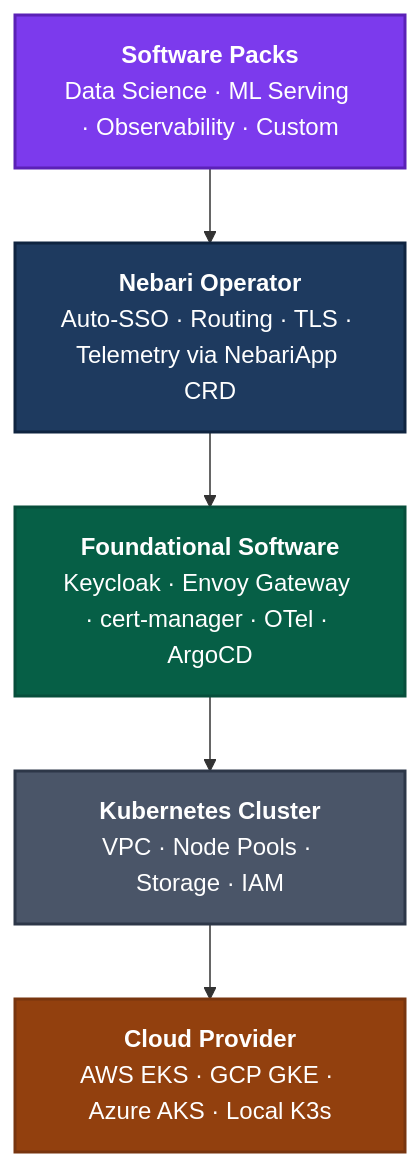
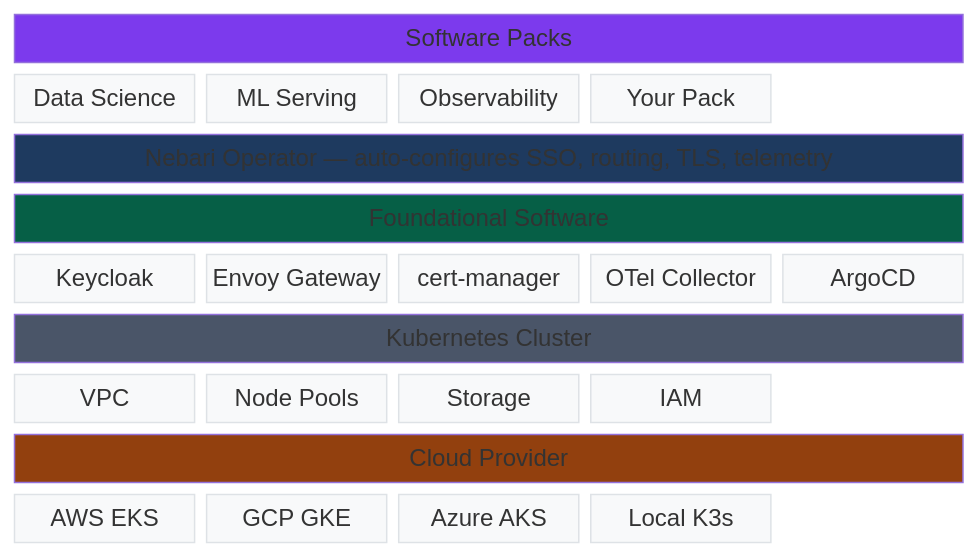
One commit to nebari-dev/nebari-infrastructure-core changed the diagram in README.md. Above: the diagram before and after it, drawn with Mermaid.

Commit message:
Switch architecture diagram to block-beta grid layout

````diff
--- a/README.md
+++ b/README.md
@@ -55,16 +55,32 @@
 ```mermaid
-graph TD
-    SP["<b>Software Packs</b><br/>Data Science · ML Serving · Observability · Custom"]
-    NO["<b>Nebari Operator</b><br/>Auto-SSO · Routing · TLS · Telemetry via NebariApp CRD"]
-    FS["<b>Foundational Software</b><br/>Keycloak · Envoy Gateway · cert-manager · OTel · ArgoCD"]
-    K8["<b>Kubernetes Cluster</b><br/>VPC · Node Pools · Storage · IAM"]
-    CP["<b>Cloud Provider</b><br/>AWS EKS · GCP GKE · Azure AKS · Local K3s"]
+block-beta
+  columns 5
 
-    SP --> NO --> FS --> K8 --> CP
+  sp["Software Packs"]:5
+  ds["Data Science"] ml["ML Serving"] obs["Observability"] custom["Your Pack"] space
 
-    style SP fill:#7c3aed,color:#fff,stroke:#5b21b6,stroke-width:2px
-    style NO fill:#1e3a5f,color:#fff,stroke:#0f2440,stroke-width:2px
-    style FS fill:#065f46,color:#fff,stroke:#064e3b,stroke-width:2px
-    style K8 fill:#4a5568,color:#fff,stroke:#2d3748,stroke-width:2px
-    style CP fill:#92400e,color:#fff,stroke:#78350f,stroke-width:2px
+  no["Nebari Operator — auto-configures SSO, routing, TLS, telemetry"]:5
+
+  fs["Foundational Software"]:5
+  kc["Keycloak"] eg["Envoy Gateway"] cm["cert-manager"] ot["OTel Collector"] ac["ArgoCD"]
+
+  k8["Kubernetes Cluster"]:5
+  vpc["VPC"] np["Node Pools"] st["Storage"] iam["IAM"] space
+
+  cp["Cloud Provider"]:5
+  aws["AWS EKS"] gcp["GCP GKE"] az["Azure AKS"] k3s["Local K3s"] space
+
+  classDef purple fill:#7c3aed,color:#fff
+  classDef navy fill:#1e3a5f,color:#fff
+  classDef green fill:#065f46,color:#fff
+  classDef gray fill:#4a5568,color:#fff
+  classDef brown fill:#92400e,color:#fff
+  classDef light fill:#f8f9fa,stroke:#dee2e6,color:#333
+
+  class sp purple
+  class no navy
+  class fs green
+  class k8 gray
+  class cp brown
+  class ds,ml,obs,custom,kc,eg,cm,ot,ac,vpc,np,st,iam,aws,gcp,az,k3s light
 ```
````
